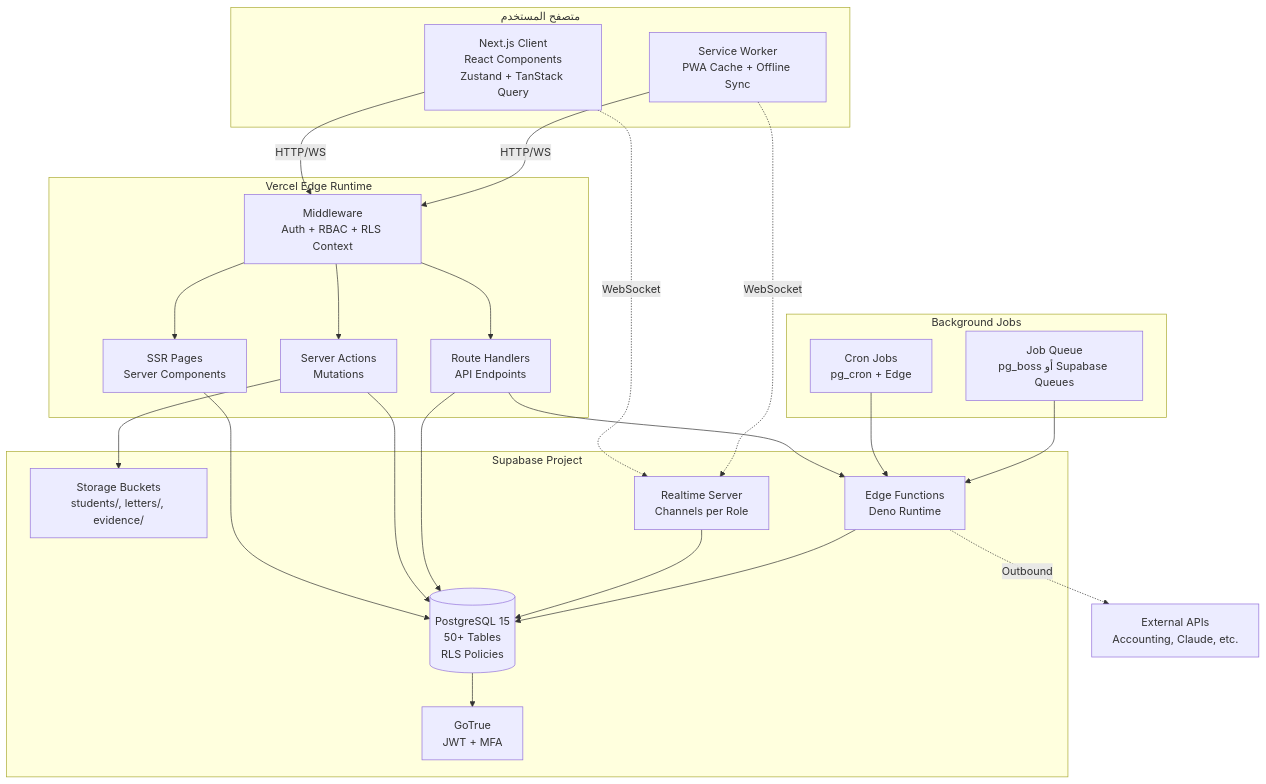
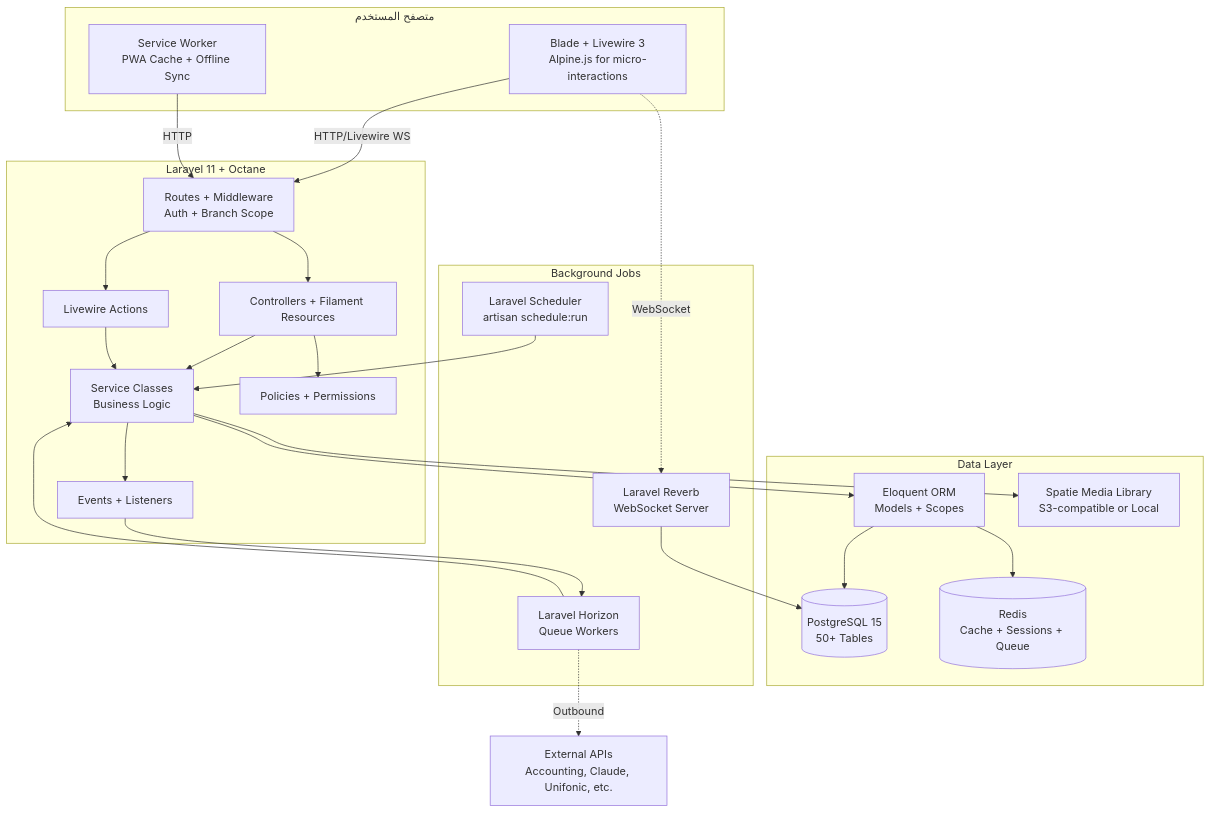
Before and after one commit to alharbib902-del/technical-handover: the fourth of 8 diagrams in مسودات-الوكلاء/الجزء-01-السياق-والمعمارية.md, drawn with Mermaid. The commit also changed other lines of this file and 22 other files, not shown here.

First line of the commit message:
feat: switch tech stack to Laravel 11 + Filament 3 (replacing Next.js + Supabase)

````diff
--- a/مسودات-الوكلاء/الجزء-01-السياق-والمعمارية.md
+++ b/مسودات-الوكلاء/الجزء-01-السياق-والمعمارية.md
@@ -912,51 +878,51 @@
 ```mermaid
 graph TB
     subgraph Browser["متصفح المستخدم"]
-        UI[Next.js Client<br/>React Components<br/>Zustand + TanStack Query]
+        UI[Blade + Livewire 3<br/>Alpine.js for micro-interactions]
         SW[Service Worker<br/>PWA Cache + Offline Sync]
     end
 
-    subgraph VercelEdge["Vercel Edge Runtime"]
-        SSR[SSR Pages<br/>Server Components]
-        SA[Server Actions<br/>Mutations]
-        API[Route Handlers<br/>API Endpoints]
-        MID[Middleware<br/>Auth + RBAC + RLS Context]
+    subgraph LaravelRuntime["Laravel 11 + Octane"]
+        ROUTE[Routes + Middleware<br/>Auth + Branch Scope]
+        CTRL[Controllers + Filament Resources]
+        LWA[Livewire Actions]
+        SVC[Service Classes<br/>Business Logic]
+        EVT[Events + Listeners]
+        POL[Policies + Permissions]
     end
 
-    subgraph Supabase["Supabase Project"]
-        PG[(PostgreSQL 15<br/>50+ Tables<br/>RLS Policies)]
-        AUTH2[GoTrue<br/>JWT + MFA]
-        ST2[Storage Buckets<br/>students/, letters/, evidence/]
-        RT2[Realtime Server<br/>Channels per Role]
-        EDGE2[Edge Functions<br/>Deno Runtime]
+    subgraph DataLayer["Data Layer"]
+        ELO[Eloquent ORM<br/>Models + Scopes]
+        PG[(PostgreSQL 15<br/>50+ Tables)]
+        REDIS[(Redis<br/>Cache + Sessions + Queue)]
+        MEDIA[Spatie Media Library<br/>S3-compatible or Local]
     end
 
     subgraph BackgroundJobs["Background Jobs"]
-        CRON[Cron Jobs<br/>pg_cron + Edge]
-        QUEUE[Job Queue<br/>pg_boss أو Supabase Queues]
+        HORIZON[Laravel Horizon<br/>Queue Workers]
+        SCHEDULER[Laravel Scheduler<br/>artisan schedule:run]
+        REVERB2[Laravel Reverb<br/>WebSocket Server]
     end
 
-    UI -->|HTTP/WS| MID
-    SW -->|HTTP/WS| MID
-    MID --> SSR
-    MID --> SA
-    MID --> API
+    UI -->|HTTP/Livewire WS| ROUTE
+    SW -->|HTTP| ROUTE
+    ROUTE --> CTRL
+    ROUTE --> LWA
+    CTRL --> POL
+    CTRL --> SVC
+    LWA --> SVC
+    SVC --> ELO
+    SVC --> EVT
+    ELO --> PG
+    ELO --> REDIS
+    SVC --> MEDIA
 
-    SSR --> PG
-    SA --> PG
-    SA --> ST2
-    API --> PG
-    API --> EDGE2
+    EVT --> HORIZON
+    HORIZON --> SVC
+    SCHEDULER --> SVC
 
-    UI -.WebSocket.-> RT2
-    SW -.WebSocket.-> RT2
-    RT2 --> PG
+    UI -.WebSocket.-> REVERB2
+    REVERB2 --> PG
 
-    EDGE2 -.Outbound.-> ExtSystems[External APIs<br/>Accounting, Claude, etc.]
-
-    CRON --> EDGE2
-    QUEUE --> EDGE2
-    EDGE2 --> PG
-
-    PG --> AUTH2
+    HORIZON -.Outbound.-> ExtSystems[External APIs<br/>Accounting, Claude, Unifonic, etc.]
 ```
````
